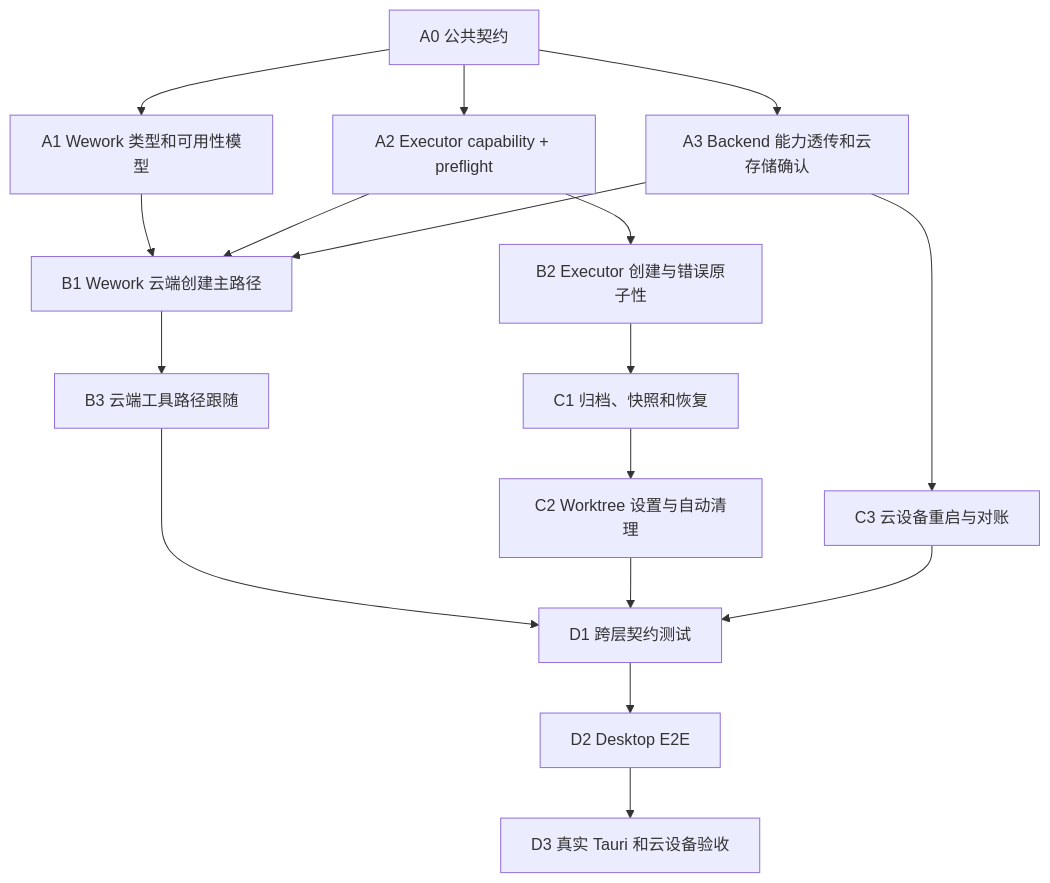
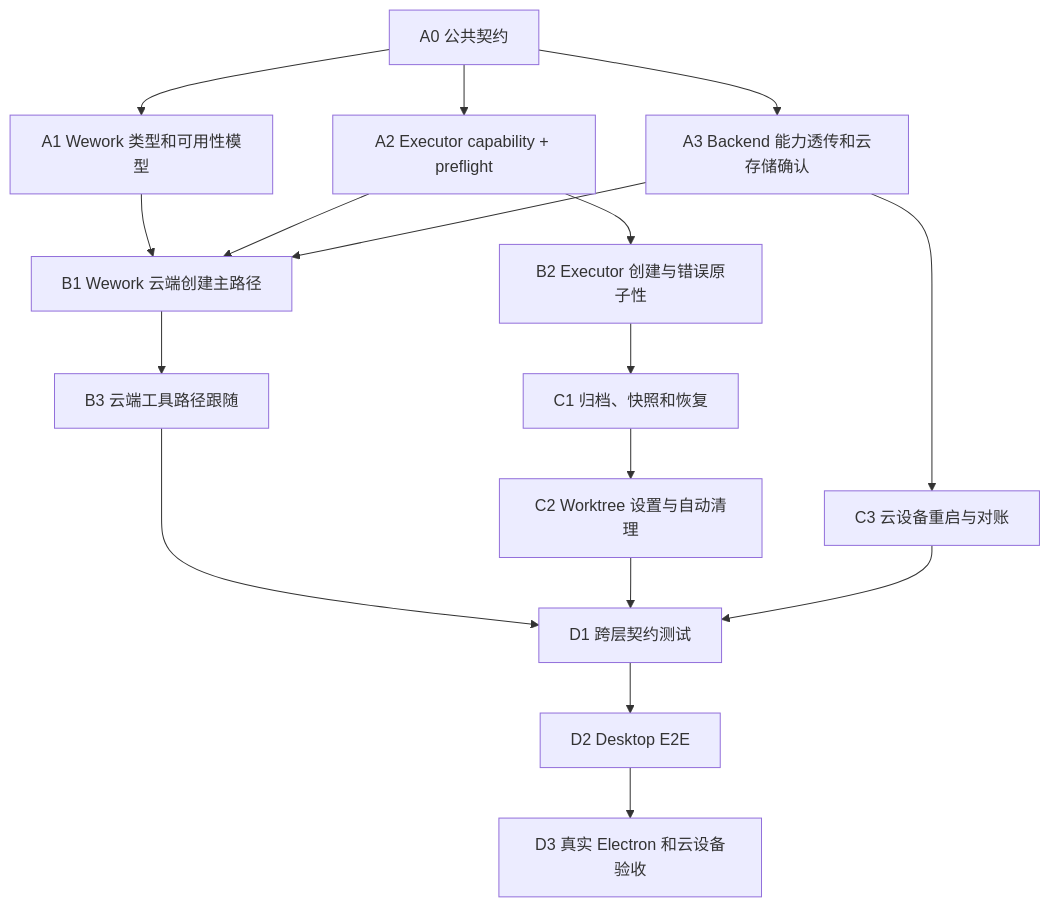
The second of 2 diagrams in i18n/zh/docusaurus-plugin-content-docs/current/wework/developer-guide/wework-cloud-git-worktree-parallel-development-plan.md (wecode-ai/wegent-docs), drawn with Mermaid before and after one commit. The commit also changed other lines of this file and 49 other files, not shown here.

````diff
--- a/i18n/zh/docusaurus-plugin-content-docs/current/wework/developer-guide/wework-cloud-git-worktree-parallel-development-plan.md
+++ b/i18n/zh/docusaurus-plugin-content-docs/current/wework/developer-guide/wework-cloud-git-worktree-parallel-development-plan.md
@@ -136,36 +136,36 @@
 ```mermaid
 flowchart TD
   A0["A0 公共契约"]
   A1["A1 Wework 类型和可用性模型"]
   A2["A2 Executor capability + preflight"]
   A3["A3 Backend 能力透传和云存储确认"]
 
   B1["B1 Wework 云端创建主路径"]
   B2["B2 Executor 创建与错误原子性"]
   B3["B3 云端工具路径跟随"]
 
   C1["C1 归档、快照和恢复"]
   C2["C2 Worktree 设置与自动清理"]
   C3["C3 云设备重启与对账"]
 
   D1["D1 跨层契约测试"]
   D2["D2 Desktop E2E"]
-  D3["D3 真实 Tauri 和云设备验收"]
+  D3["D3 真实 Electron 和云设备验收"]
 
   A0 --> A1
   A0 --> A2
   A0 --> A3
   A1 --> B1
   A2 --> B1
   A2 --> B2
   A3 --> B1
   B1 --> B3
   B2 --> C1
   A3 --> C3
   C1 --> C2
   B3 --> D1
   C2 --> D1
   C3 --> D1
   D1 --> D2
   D2 --> D3
 ```
````
